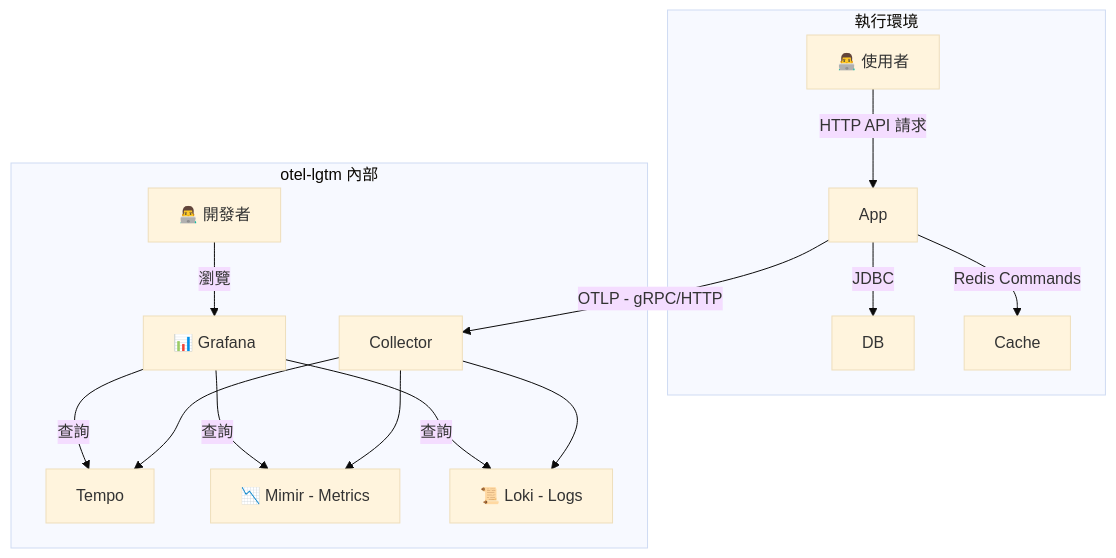
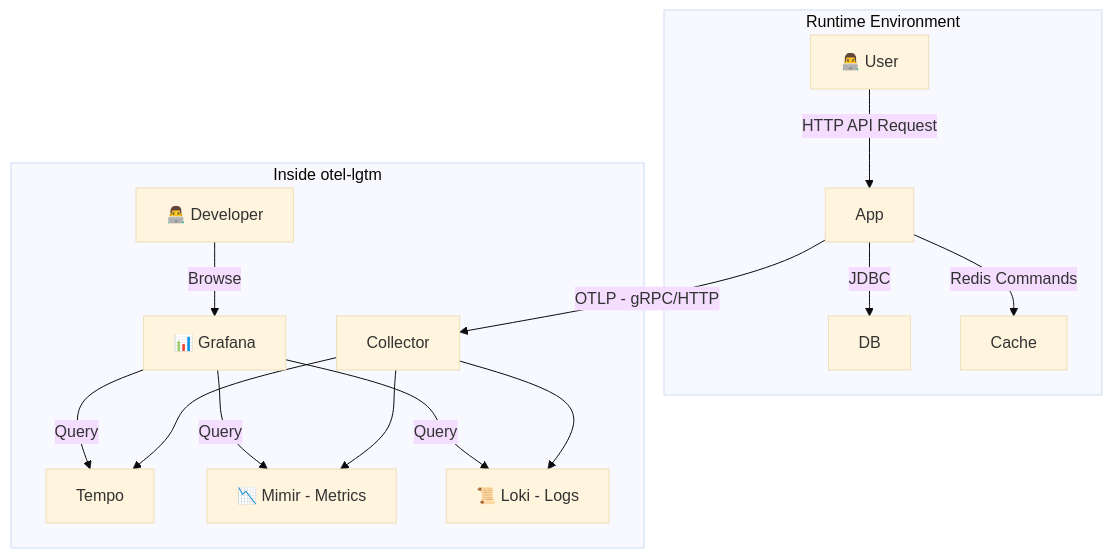
One commit to samzhu/demo-springboot-250613 changed the second of 4 diagrams in README.md. Above: the diagram before and after it, drawn with Mermaid (base theme). The commit also changed other lines of this file and 1 other file, not shown here.

````diff
--- a/README.md
+++ b/README.md
@@ -1210,30 +1209,30 @@
 ```mermaid
 graph TD
-    subgraph "執行環境"
-        User[👨‍💻 使用者]
+    subgraph "Runtime Environment"
+        User[👨‍💻 User]
         App
         DB
         Cache
     end
 
-    subgraph "otel-lgtm 內部"
-        Developer[👨‍💻 開發者]
+    subgraph "Inside otel-lgtm"
+        Developer[👨‍💻 Developer]
         Grafana[📊 Grafana]
         Tempo
         Mimir[📉 Mimir - Metrics]
         Loki[📜 Loki - Logs]
         Collector
     end
 
-    User -->|HTTP API 請求| App
+    User -->|HTTP API Request| App
     App -->|JDBC| DB
     App -->|Redis Commands| Cache
     App -->|OTLP - gRPC/HTTP| Collector
     Collector --> Tempo
     Collector --> Mimir
     Collector --> Loki
-    Grafana -->|查詢| Tempo
-    Grafana -->|查詢| Mimir
-    Grafana -->|查詢| Loki
-    Developer -->|瀏覽| Grafana
+    Grafana -->|Query| Tempo
+    Grafana -->|Query| Mimir
+    Grafana -->|Query| Loki
+    Developer -->|Browse| Grafana
 ```
````
